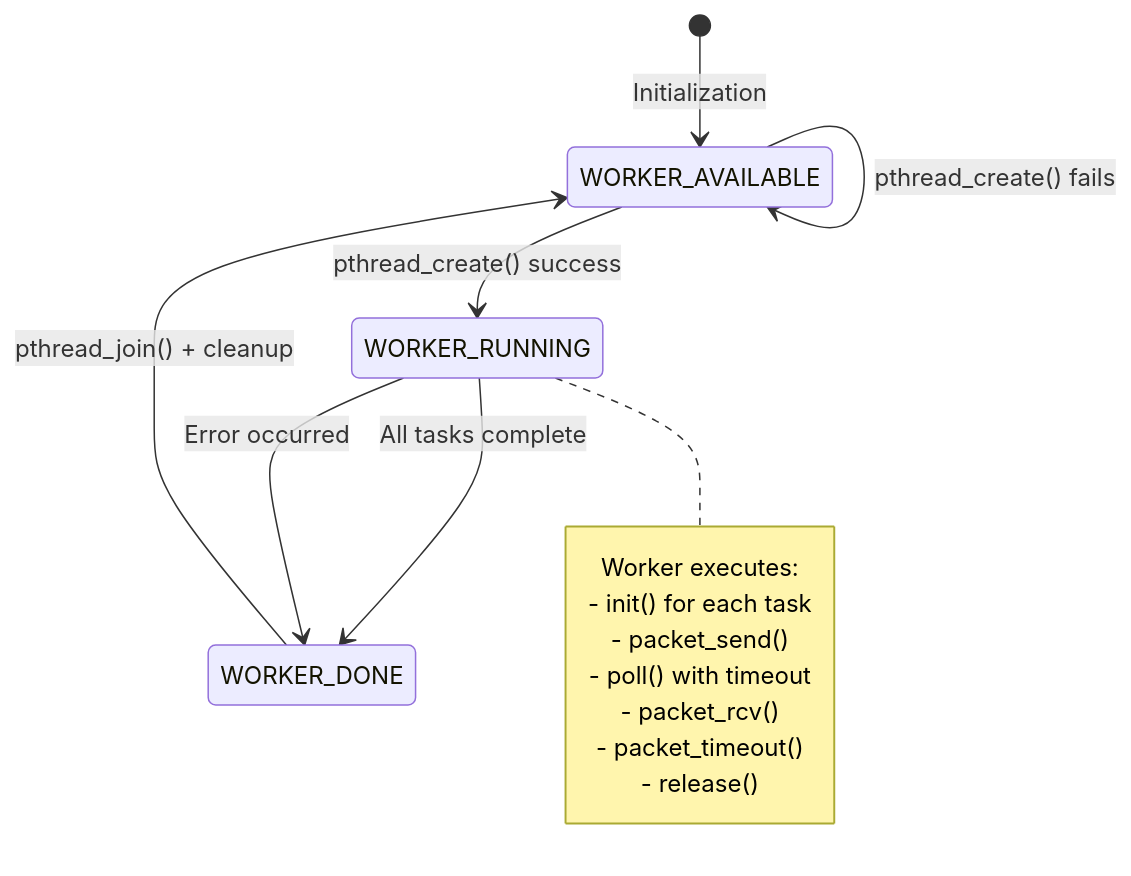
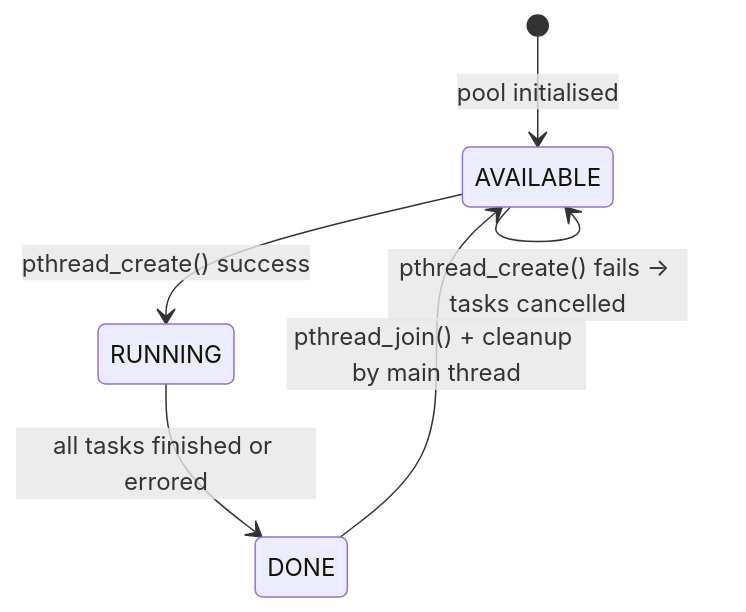
The third of 6 diagrams in nmap_architecture.md (Anvently/nmap), drawn with Mermaid before and after one commit. The commit also changed other lines of this file and 3 other files, not shown here.

Commit message:
added readme and updated architecture

````diff
--- a/nmap_architecture.md
+++ b/nmap_architecture.md
@@ -567,22 +108,11 @@
 ```mermaid
 stateDiagram-v2
-    [*] --> WORKER_AVAILABLE: Initialization
-    
-    WORKER_AVAILABLE --> WORKER_RUNNING: pthread_create() success
-    WORKER_AVAILABLE --> WORKER_AVAILABLE: pthread_create() fails
-    
-    WORKER_RUNNING --> WORKER_DONE: All tasks complete
-    WORKER_RUNNING --> WORKER_DONE: Error occurred
-    
-    WORKER_DONE --> WORKER_AVAILABLE: pthread_join() + cleanup
-    
-    note right of WORKER_RUNNING
-        Worker executes:
-        - init() for each task
-        - packet_send()
-        - poll() with timeout
-        - packet_rcv()
-        - packet_timeout()
-        - release()
-    end note
+    [*] --> AVAILABLE : pool initialised
+
+    AVAILABLE --> RUNNING : pthread_create() success
+    AVAILABLE --> AVAILABLE : pthread_create() fails → tasks cancelled
+
+    RUNNING --> DONE : all tasks finished or errored
+
+    DONE --> AVAILABLE : pthread_join() + cleanup by main thread
 ```
````
